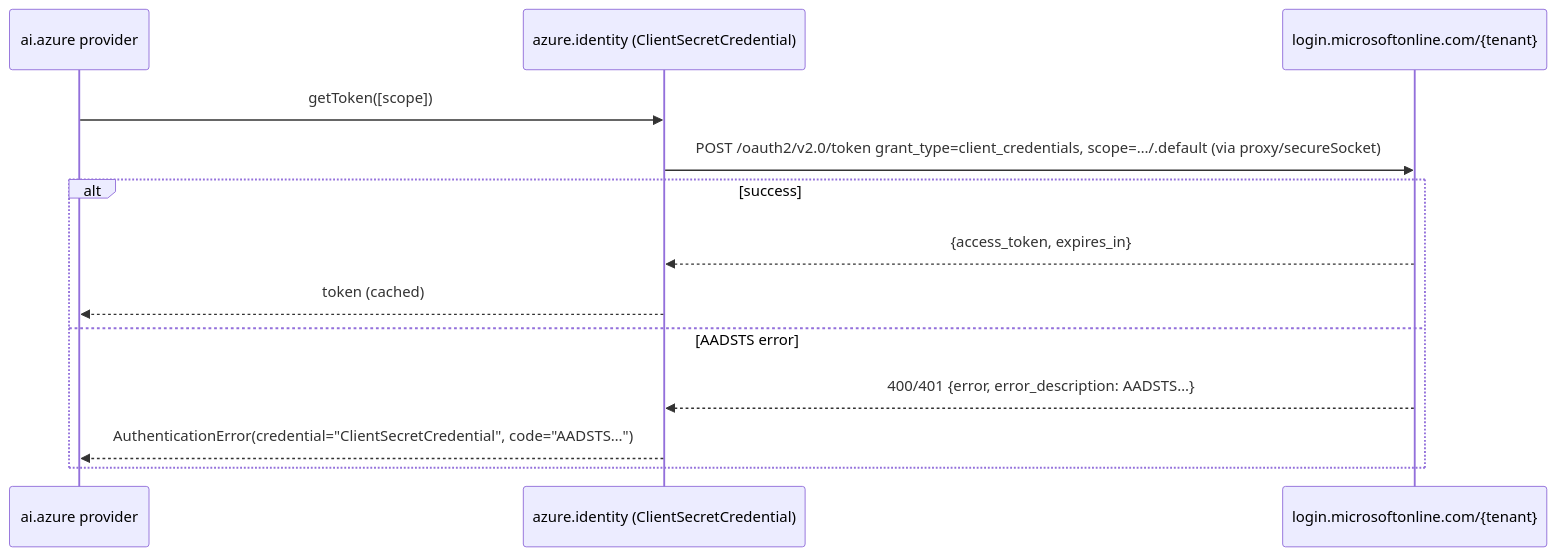
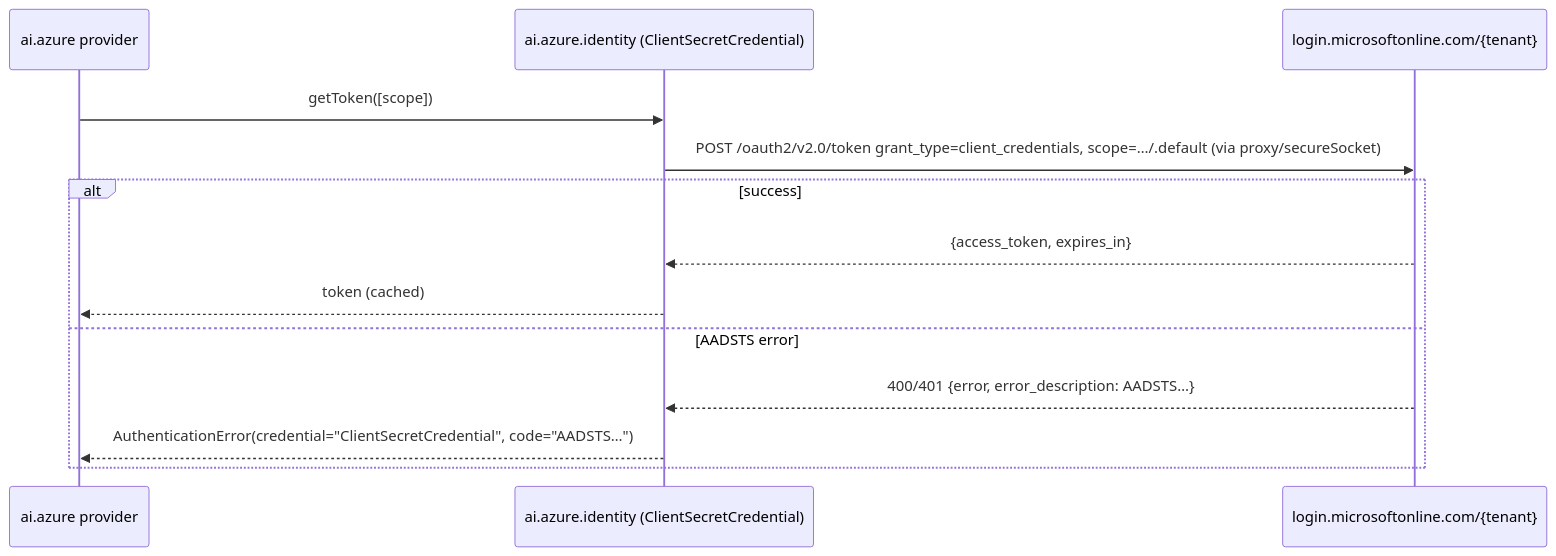
Before and after one commit to SahanjithD/ballerina-agents-azure-foundry: the fourth of 4 diagrams in docs/design/entra-auth-ai-azure.md, drawn with Mermaid. The commit also changed other lines of this file and 1 other file, not shown here.

First line of the commit message:
Entra auth design: keep identity inside ai.azure; add summary

````diff
--- a/docs/design/entra-auth-ai-azure.md
+++ b/docs/design/entra-auth-ai-azure.md
@@ -726,15 +757,15 @@
 ```mermaid
 sequenceDiagram
     participant AI as ai.azure provider
-    participant Cred as azure.identity (ClientSecretCredential)
+    participant Cred as ai.azure.identity (ClientSecretCredential)
     participant Entra as login.microsoftonline.com/{tenant}
     AI->>Cred: getToken([scope])
     Cred->>Entra: POST /oauth2/v2.0/token  grant_type=client_credentials, scope=…/.default (via proxy/secureSocket)
     alt success
         Entra-->>Cred: {access_token, expires_in}
         Cred-->>AI: token (cached)
     else AADSTS error
         Entra-->>Cred: 400/401 {error, error_description: AADSTS…}
         Cred-->>AI: AuthenticationError(credential="ClientSecretCredential", code="AADSTS…")
     end
 ```
````
